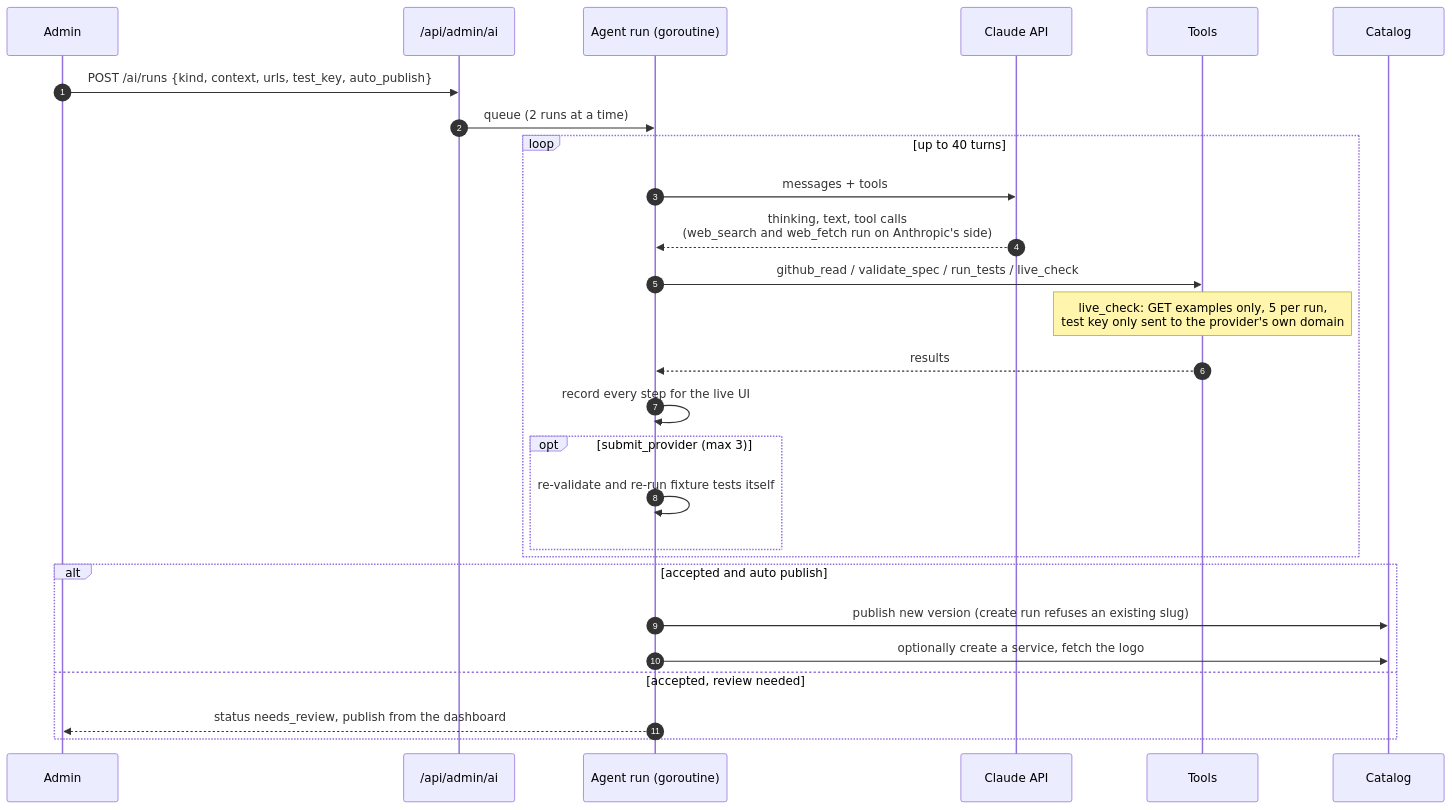
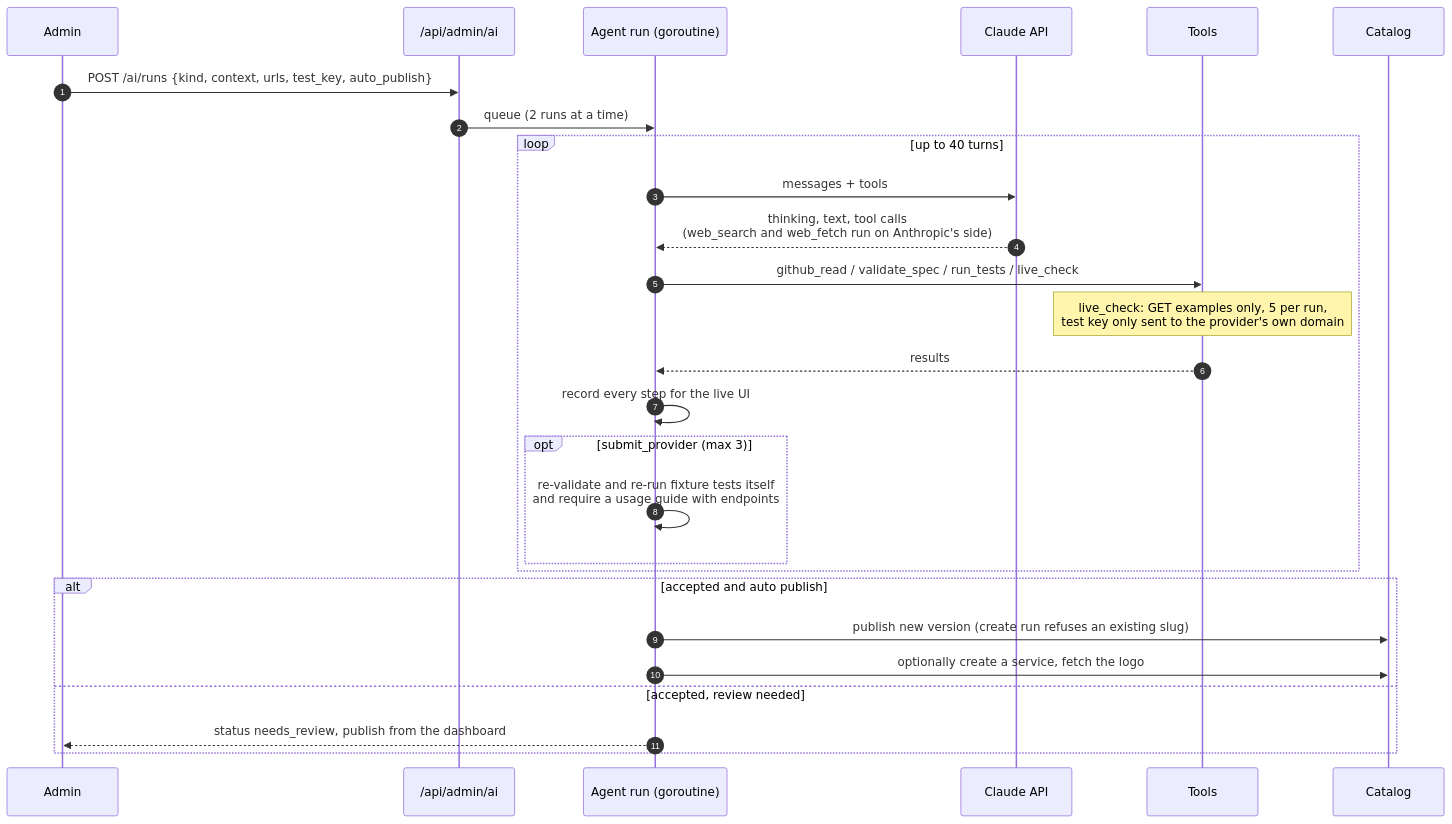
One commit to sidharthpunathil/acnologia changed the ninth of 19 diagrams in docs/flows.md. Above: the diagram before and after it, drawn with Mermaid. The commit also changed other lines of this file and 5 other files, not shown here.

````diff
--- a/docs/flows.md
+++ b/docs/flows.md
@@ -343,30 +343,30 @@
 ```mermaid
 sequenceDiagram
     autonumber
     participant Ad as Admin
     participant API as /api/admin/ai
     participant R as Agent run (goroutine)
     participant Cl as Claude API
     participant T as Tools
     participant Cat as Catalog
 
     Ad->>API: POST /ai/runs {kind, context, urls, test_key, auto_publish}
     API->>R: queue (2 runs at a time)
     loop up to 40 turns
         R->>Cl: messages + tools
         Cl-->>R: thinking, text, tool calls<br/>(web_search and web_fetch run on Anthropic's side)
         R->>T: github_read / validate_spec / run_tests / live_check
         Note over T: live_check: GET examples only, 5 per run,<br/>test key only sent to the provider's own domain
         T-->>R: results
         R->>R: record every step for the live UI
         opt submit_provider (max 3)
-            R->>R: re-validate and re-run fixture tests itself
+            R->>R: re-validate and re-run fixture tests itself<br/>and require a usage guide with endpoints
         end
     end
     alt accepted and auto publish
         R->>Cat: publish new version (create run refuses an existing slug)
         R->>Cat: optionally create a service, fetch the logo
     else accepted, review needed
         R-->>Ad: status needs_review, publish from the dashboard
     end
 ```
````
